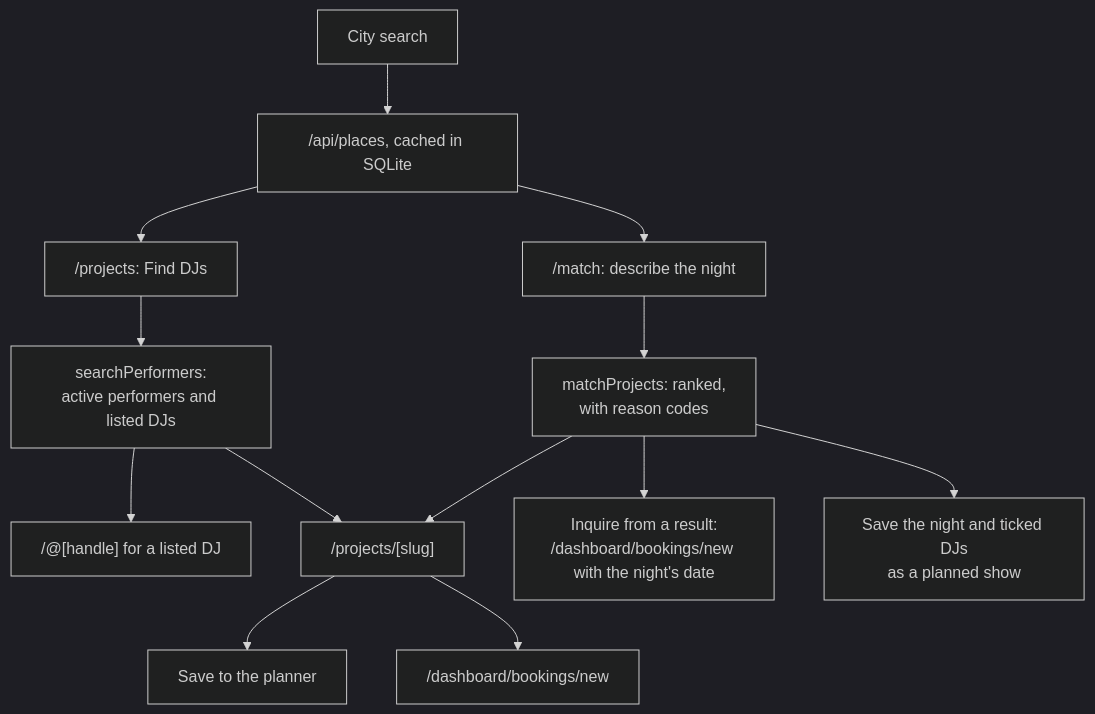
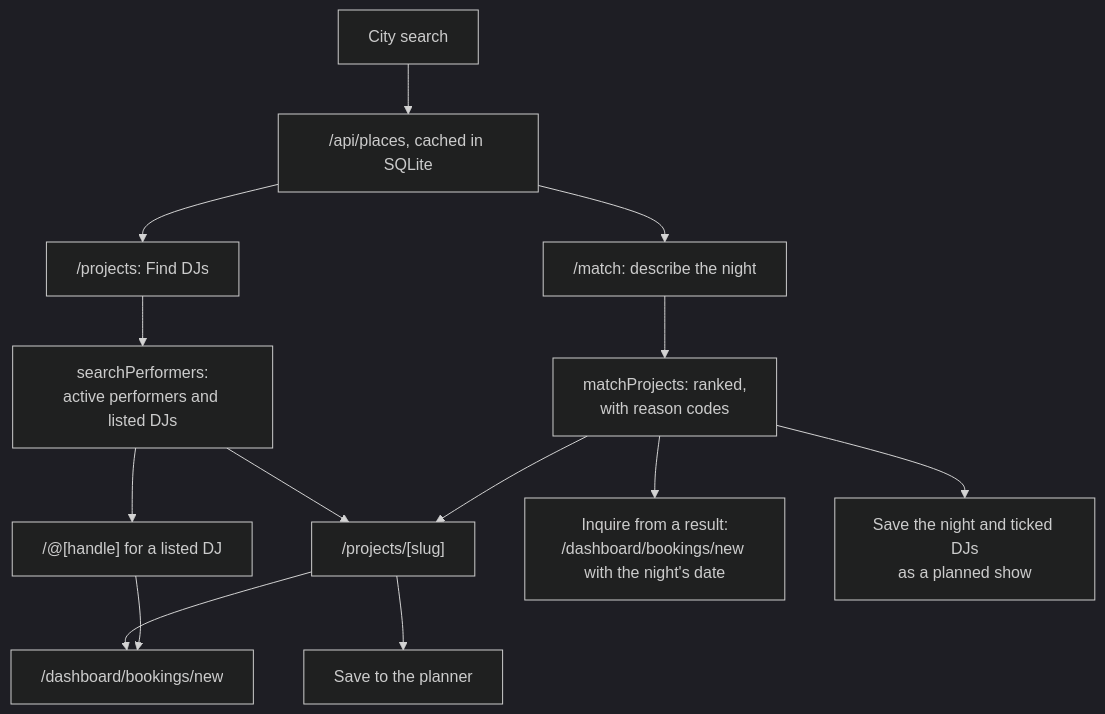
The fifth of 9 diagrams in apps/web/docs/diagrams/profiles-and-bookings.md (cutenode/localnetwork), drawn with Mermaid (dark theme) before and after one commit. The commit also changed other lines of this file and 28 other files, not shown here.

````diff
--- a/apps/web/docs/diagrams/profiles-and-bookings.md
+++ b/apps/web/docs/diagrams/profiles-and-bookings.md
@@ -105,15 +105,16 @@
 ```mermaid
 flowchart TD
   Find["/projects: Find DJs"] --> Search["searchPerformers:<br/>active performers and listed DJs"]
   Match["/match: describe the night"] --> Rank["matchProjects: ranked,<br/>with reason codes"]
   City["City search"] --> Places["/api/places, cached in SQLite"]
   Places --> Find
   Places --> Match
   Search --> Dj["/@[handle] for a listed DJ"]
   Search --> Page["/projects/[slug]"]
   Rank --> Page
   Rank --> Dated["Inquire from a result:<br/>/dashboard/bookings/new with the night's date"]
   Rank --> Night["Save the night and ticked DJs<br/>as a planned show"]
   Page --> Save["Save to the planner"]
   Page --> Inquire["/dashboard/bookings/new"]
+  Dj --> Inquire
 ```
````
